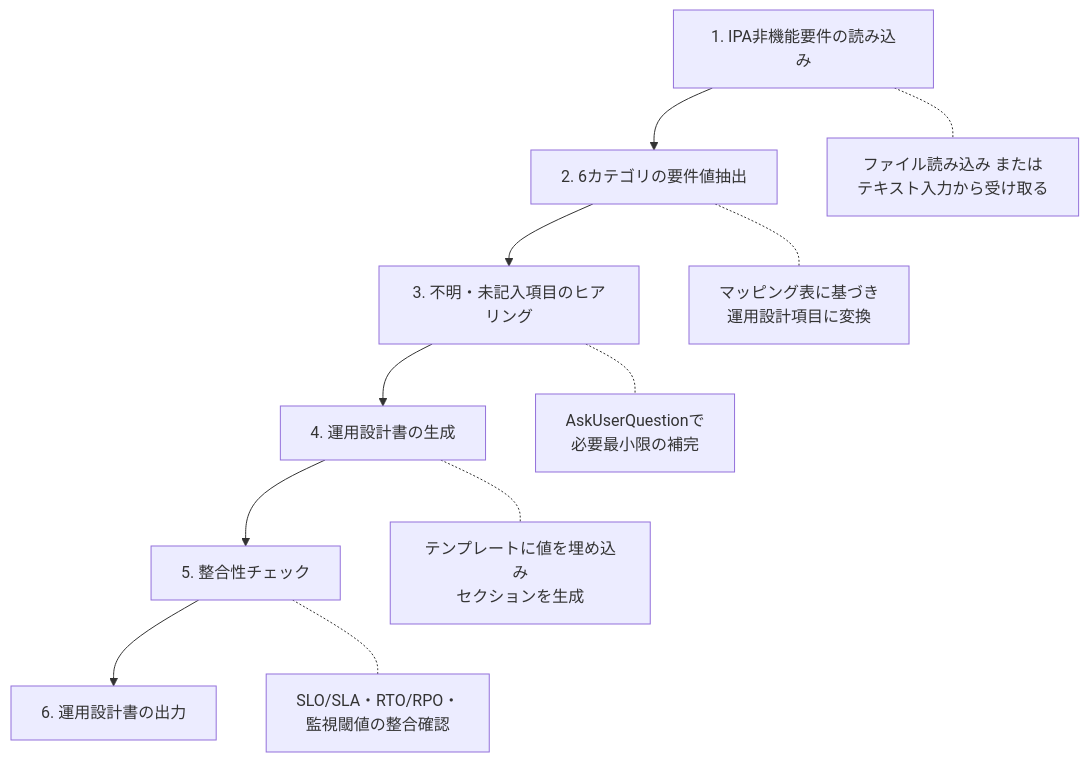
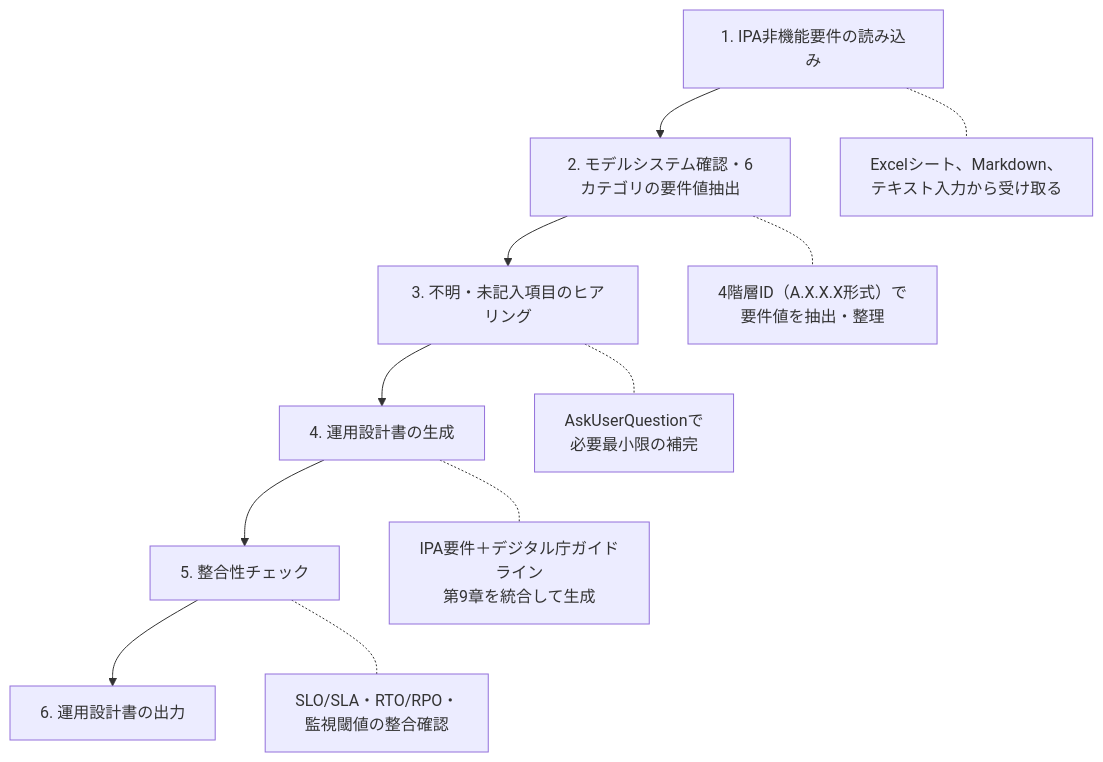
Before and after one commit to windschord/claude_skils: the diagram in operations/ipa-nfr-operations-design/SKILL.md, drawn with Mermaid. The commit also changed other lines of this file and 2 other files, not shown here.

````diff
--- a/operations/ipa-nfr-operations-design/SKILL.md
+++ b/operations/ipa-nfr-operations-design/SKILL.md
@@ -64,14 +134,14 @@
 ```mermaid
 flowchart TD
-    A[1. IPA非機能要件の読み込み] --> B[2. 6カテゴリの要件値抽出]
+    A[1. IPA非機能要件の読み込み] --> B[2. モデルシステム確認・6カテゴリの要件値抽出]
     B --> C[3. 不明・未記入項目のヒアリング]
     C --> D[4. 運用設計書の生成]
     D --> E[5. 整合性チェック]
     E --> F[6. 運用設計書の出力]
 
-    A -.- A1[ファイル読み込み または<br/>テキスト入力から受け取る]
-    B -.- B1[マッピング表に基づき<br/>運用設計項目に変換]
+    A -.- A1[Excelシート、Markdown、<br/>テキスト入力から受け取る]
+    B -.- B1[4階層ID（A.X.X.X形式）で<br/>要件値を抽出・整理]
     C -.- C1[AskUserQuestionで<br/>必要最小限の補完]
-    D -.- D1[テンプレートに値を埋め込み<br/>セクションを生成]
+    D -.- D1[IPA要件＋デジタル庁ガイドライン<br/>第9章を統合して生成]
     E -.- E1[SLO/SLA・RTO/RPO・<br/>監視閾値の整合確認]
 ```
````
